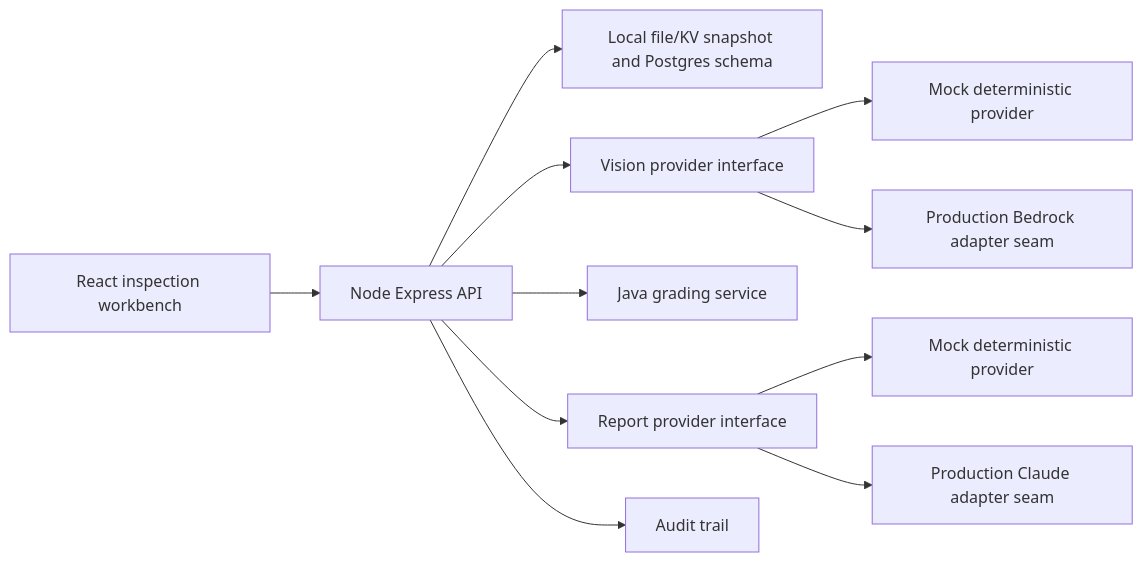
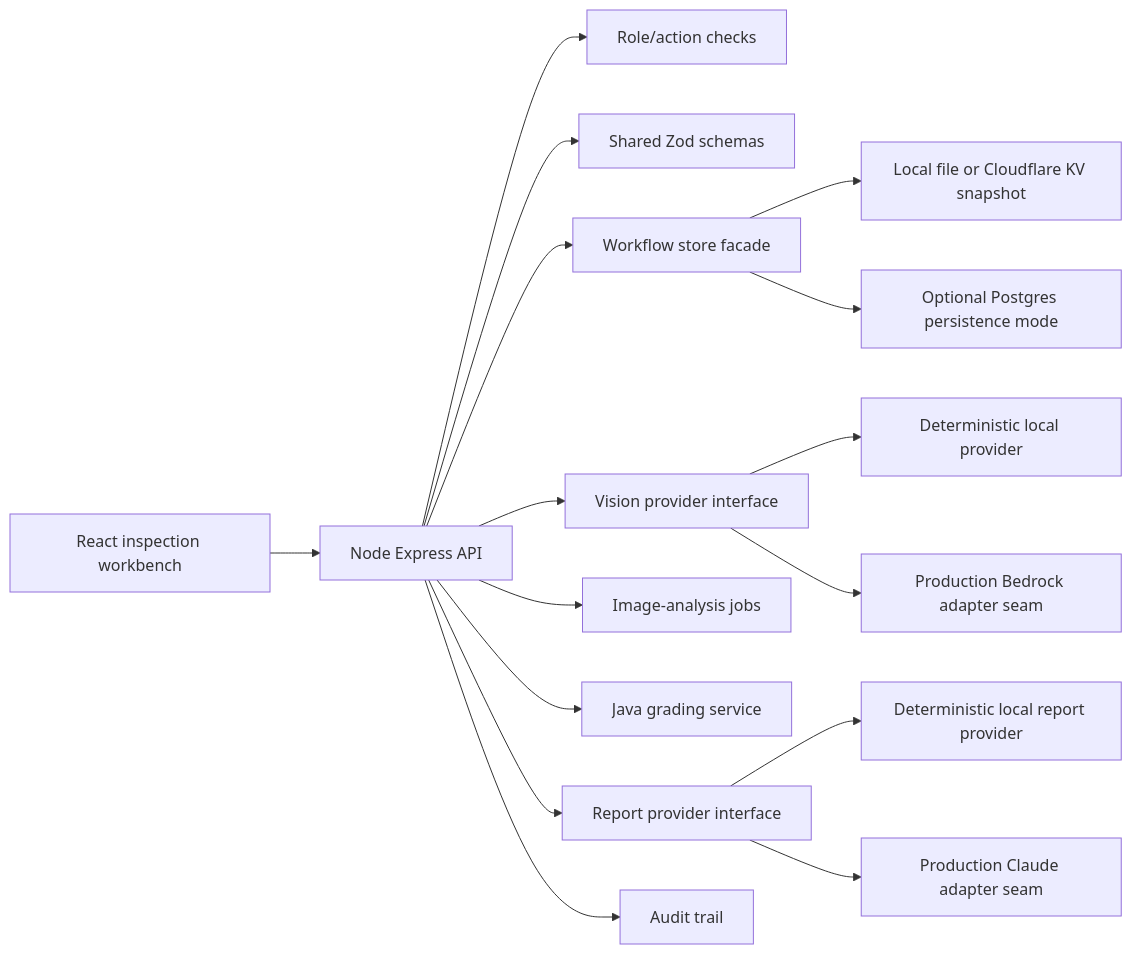
One commit to manynames3/inspectiq changed the diagram in docs/architecture.md. Above: the diagram before and after it, drawn with Mermaid. The commit also changed other lines of this file and 7 other files, not shown here.

Commit message:
Strengthen repo positioning and architecture docs

````diff
--- a/docs/architecture.md
+++ b/docs/architecture.md
@@ -5,13 +9,18 @@
 ```mermaid
 flowchart LR
   UI[React inspection workbench] --> API[Node Express API]
-  API --> Store[Local file/KV snapshot and Postgres schema]
+  API --> RBAC[Role/action checks]
+  API --> Schemas[Shared Zod schemas]
+  API --> Store[Workflow store facade]
+  Store --> FileKV[Local file or Cloudflare KV snapshot]
+  Store --> PG[Optional Postgres persistence mode]
   API --> Vision[Vision provider interface]
-  Vision --> MockVision[Mock deterministic provider]
+  Vision --> LocalVision[Deterministic local provider]
   Vision --> BedrockVision[Production Bedrock adapter seam]
+  API --> Jobs[Image-analysis jobs]
   API --> Java[Java grading service]
   API --> Report[Report provider interface]
-  Report --> MockReport[Mock deterministic provider]
+  Report --> LocalReport[Deterministic local report provider]
   Report --> BedrockReport[Production Claude adapter seam]
   API --> Audit[Audit trail]
 ```
````
